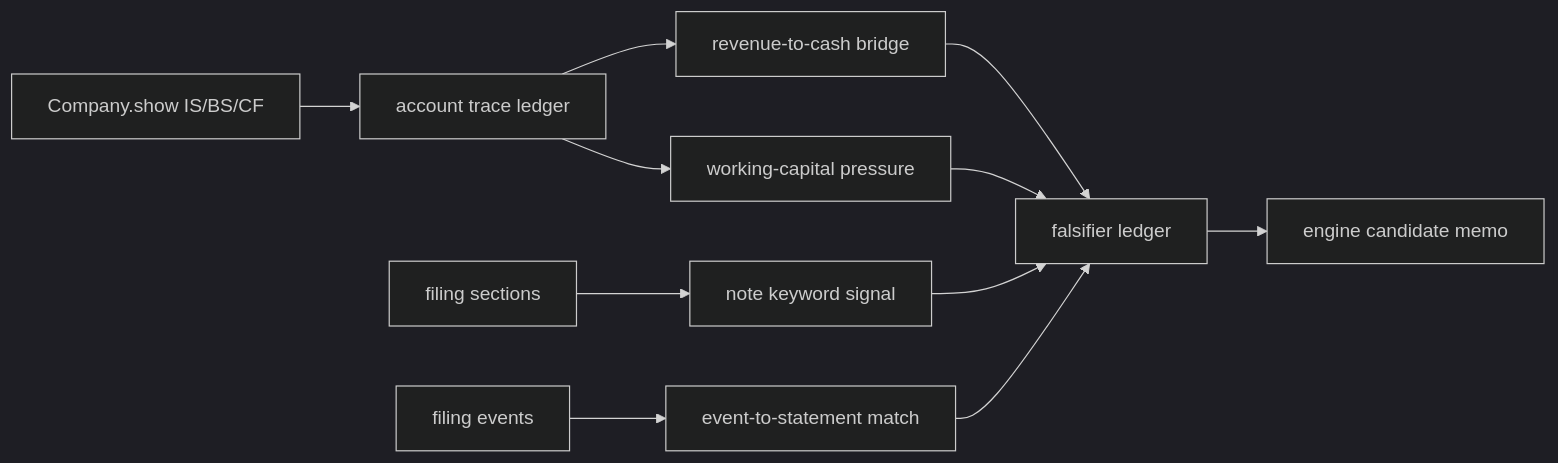
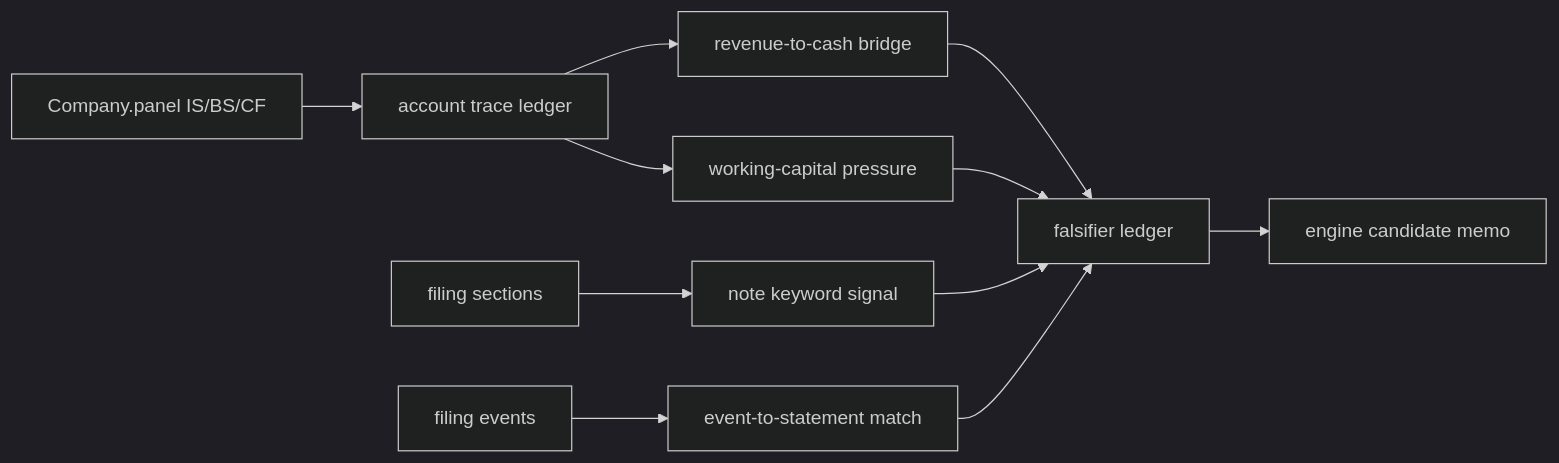
Before and after one commit to zkznxk123-sys/dartlab: the diagram in src/dartlab/skills/specs/recipes/fundamental/quality/forensics/index.md, drawn with Mermaid (dark theme). The commit also changed other lines of this file and 15 other files, not shown here.

Commit message:
문서: Skill OS recipe spec 16종 공개 show→panel 손편집 (Phase H ① 배치1) — industry SKILL + forensics 14 + ebitdaCashBridge 의 라이브 호출 표면 정규화

````diff
--- a/src/dartlab/skills/specs/recipes/fundamental/quality/forensics/index.md
+++ b/src/dartlab/skills/specs/recipes/fundamental/quality/forensics/index.md
@@ -184,13 +184,13 @@
 ```mermaid
 graph LR
-  A["Company.show IS/BS/CF"] --> B["account trace ledger"]
+  A["Company.panel IS/BS/CF"] --> B["account trace ledger"]
   B --> C["revenue-to-cash bridge"]
   B --> D["working-capital pressure"]
   E["filing sections"] --> F["note keyword signal"]
   G["filing events"] --> H["event-to-statement match"]
   C --> I["falsifier ledger"]
   D --> I
   F --> I
   H --> I
   I --> J["engine candidate memo"]
 ```
````
